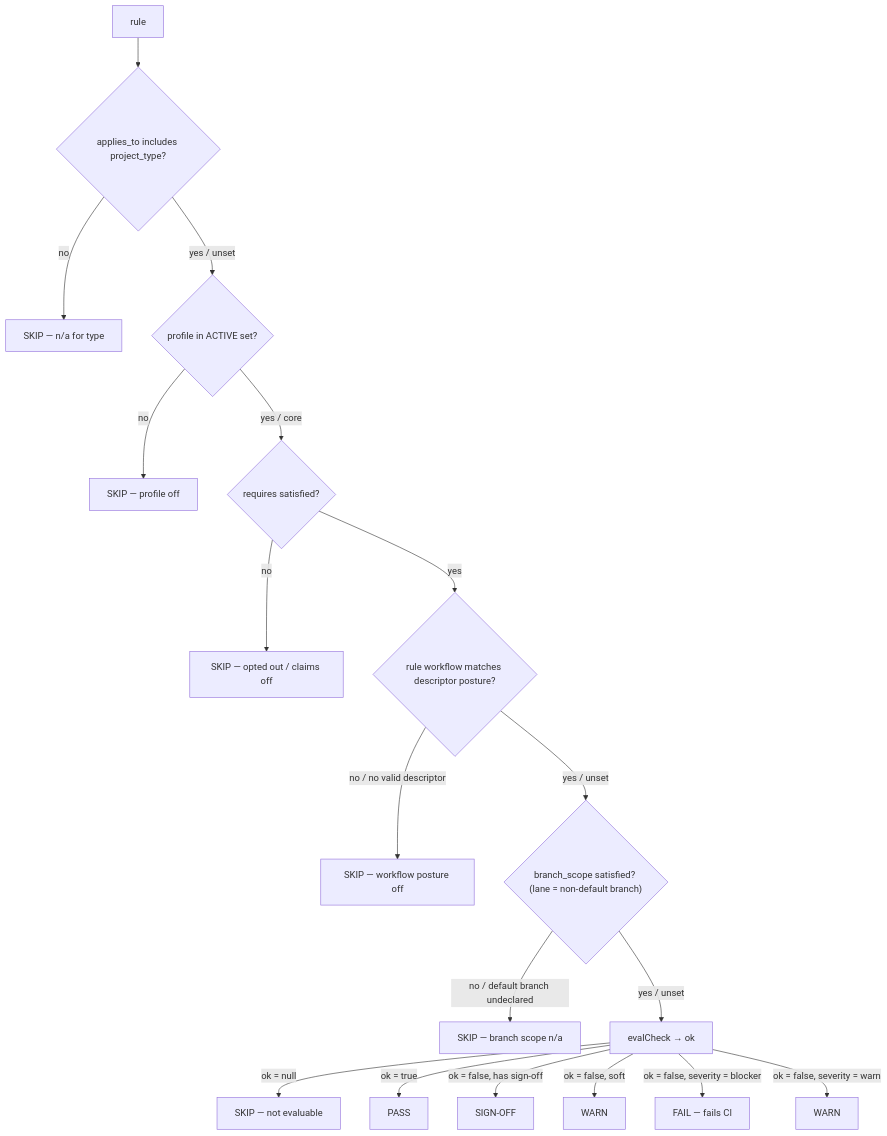
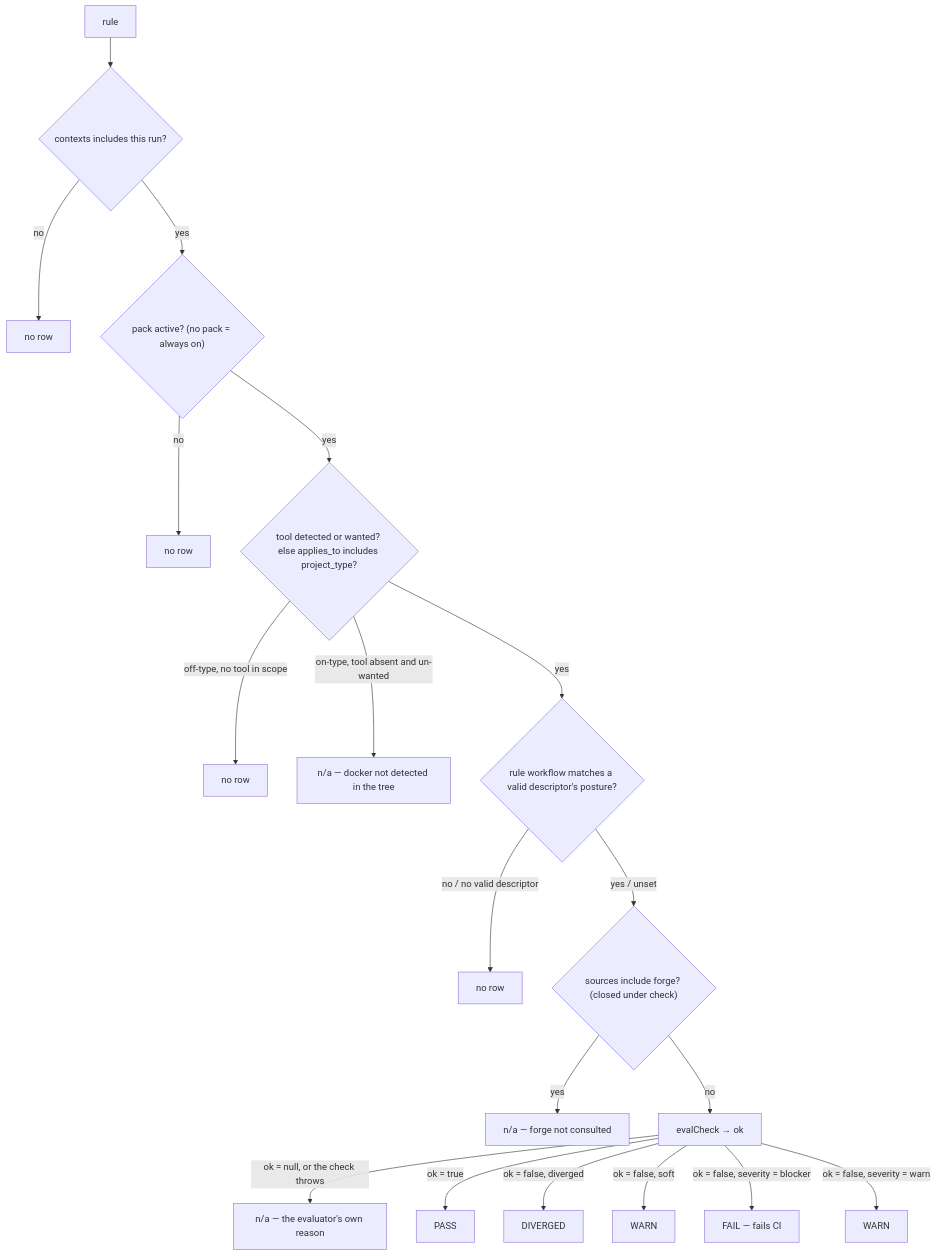
Before and after one commit to AdarGit008/baseline-skill: the third of 3 diagrams in REFERENCE.md, drawn with Mermaid. The commit also changed other lines of this file and 26 other files, not shown here.

````diff
--- a/REFERENCE.md
+++ b/REFERENCE.md
@@ -89,20 +98,21 @@
 ```mermaid
 flowchart TD
-  R["rule"] --> A{"applies_to includes project_type?"}
-  A -- "no" --> S1["SKIP — n/a for type"]
-  A -- "yes / unset" --> P{"profile in ACTIVE set?"}
-  P -- "no" --> S2["SKIP — profile off"]
-  P -- "yes / core" --> Q{"requires satisfied?"}
-  Q -- "no" --> S3["SKIP — opted out / claims off"]
-  Q -- "yes" --> WF{"rule workflow matches descriptor posture?"}
-  WF -- "no / no valid descriptor" --> S5["SKIP — workflow posture off"]
-  WF -- "yes / unset" --> BR{"branch_scope satisfied? (lane = non-default branch)"}
-  BR -- "no / default branch undeclared" --> S6["SKIP — branch scope n/a"]
-  BR -- "yes / unset" --> E["evalCheck → ok"]
-  E -- "ok = null" --> S4["SKIP — not evaluable"]
+  R["rule"] --> CX{"contexts includes this run?"}
+  CX -- "no" --> N0["no row"]
+  CX -- "yes" --> P{"pack active? (no pack = always on)"}
+  P -- "no" --> N1["no row"]
+  P -- "yes" --> T{"tool detected or wanted? else applies_to includes project_type?"}
+  T -- "off-type, no tool in scope" --> N2["no row"]
+  T -- "on-type, tool absent and un-wanted" --> NA1["n/a — docker not detected in the tree"]
+  T -- "yes" --> WF{"rule workflow matches a valid descriptor's posture?"}
+  WF -- "no / no valid descriptor" --> N3["no row"]
+  WF -- "yes / unset" --> FG{"sources include forge? (closed under check)"}
+  FG -- "yes" --> NA2["n/a — forge not consulted"]
+  FG -- "no" --> E["evalCheck → ok"]
+  E -- "ok = null, or the check throws" --> NA3["n/a — the evaluator's own reason"]
   E -- "ok = true" --> PASS["PASS"]
-  E -- "ok = false, has sign-off" --> SO["SIGN-OFF"]
+  E -- "ok = false, diverged" --> DV["DIVERGED"]
   E -- "ok = false, soft" --> W1["WARN"]
   E -- "ok = false, severity = blocker" --> F["FAIL — fails CI"]
   E -- "ok = false, severity = warn" --> W2["WARN"]
 ```
````
